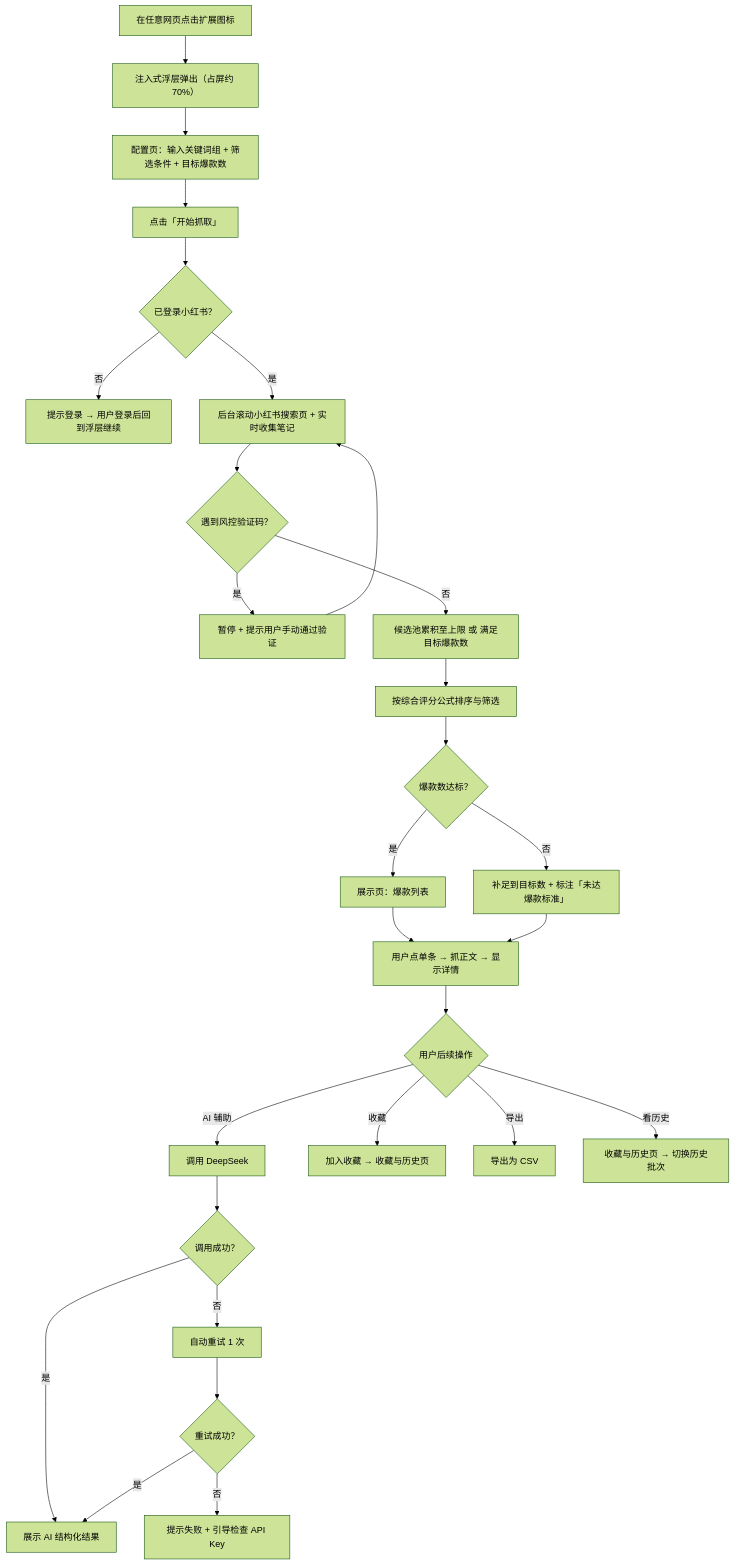
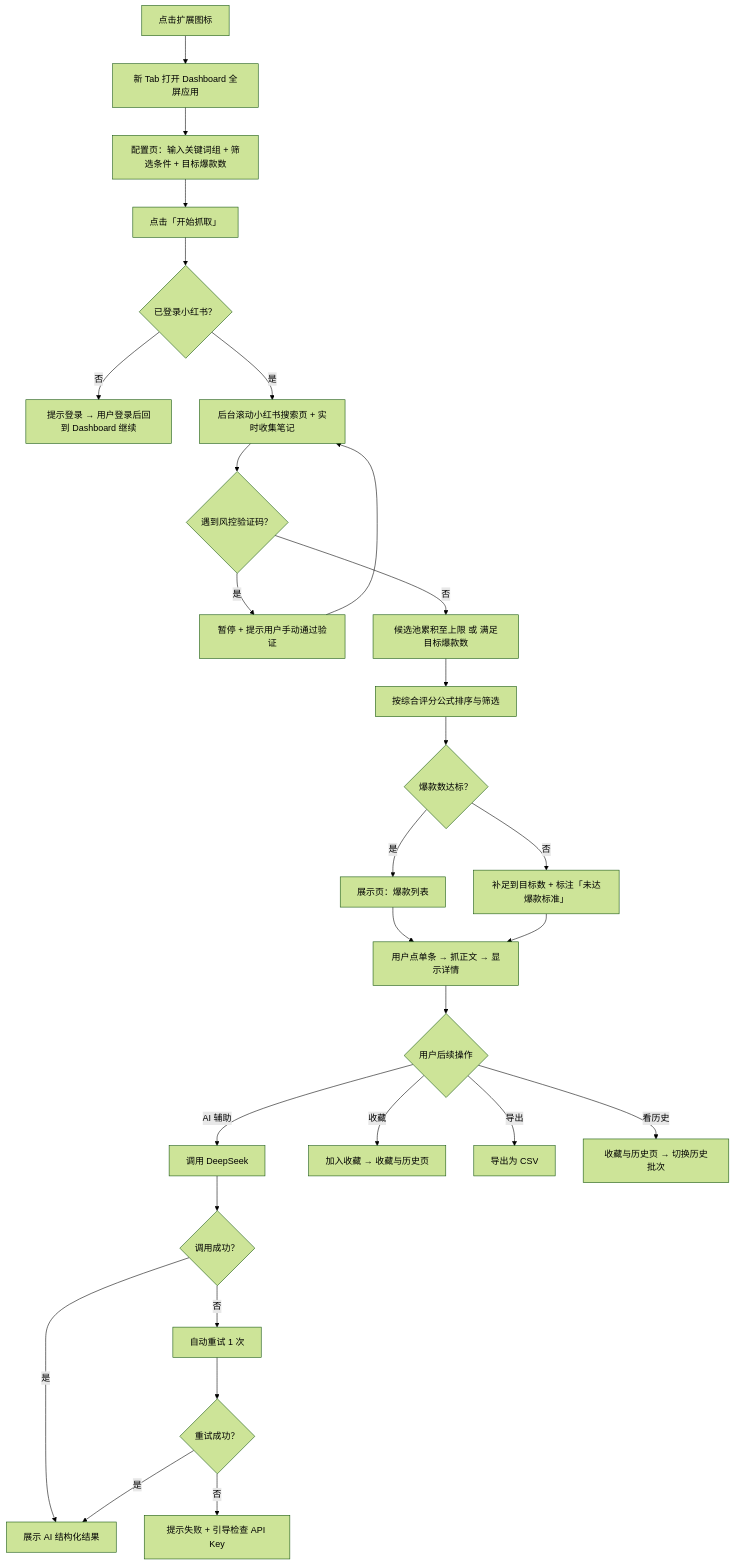
One commit to piguren/xhs-radar changed the diagram in docs/prd/xhs-radar-l1.md. Above: the diagram before and after it, drawn with Mermaid (forest theme). The commit also changed other lines of this file, not shown here.

First line of the commit message:
docs(prd): switch L1 form factor to full-screen Tab (v0.4)

````diff
--- a/docs/prd/xhs-radar-l1.md
+++ b/docs/prd/xhs-radar-l1.md
@@ -39,30 +39,30 @@
 ```mermaid
 flowchart TD
-    A["在任意网页点击扩展图标"] --> B["注入式浮层弹出（占屏约 70%）"]
+    A["点击扩展图标"] --> B["新 Tab 打开 Dashboard 全屏应用"]
     B --> C["配置页：输入关键词组 + 筛选条件 + 目标爆款数"]
     C --> D["点击「开始抓取」"]
     D --> E{"已登录小红书？"}
-    E -->|"否"| F["提示登录 → 用户登录后回到浮层继续"]
+    E -->|"否"| F["提示登录 → 用户登录后回到 Dashboard 继续"]
     E -->|"是"| G["后台滚动小红书搜索页 + 实时收集笔记"]
     G --> H{"遇到风控验证码？"}
     H -->|"是"| I["暂停 + 提示用户手动通过验证"]
     I --> G
     H -->|"否"| J["候选池累积至上限 或 满足目标爆款数"]
     J --> K["按综合评分公式排序与筛选"]
     K --> L{"爆款数达标？"}
     L -->|"是"| M["展示页：爆款列表"]
     L -->|"否"| N["补足到目标数 + 标注「未达爆款标准」"]
     M --> O["用户点单条 → 抓正文 → 显示详情"]
     N --> O
     O --> P{"用户后续操作"}
     P -->|"AI 辅助"| Q["调用 DeepSeek"]
     Q --> Q1{"调用成功？"}
     Q1 -->|"是"| Q2["展示 AI 结构化结果"]
     Q1 -->|"否"| Q3["自动重试 1 次"]
     Q3 --> Q4{"重试成功？"}
     Q4 -->|"是"| Q2
     Q4 -->|"否"| Q5["提示失败 + 引导检查 API Key"]
     P -->|"收藏"| R["加入收藏 → 收藏与历史页"]
     P -->|"导出"| S["导出为 CSV"]
     P -->|"看历史"| T["收藏与历史页 → 切换历史批次"]
 ```
````
